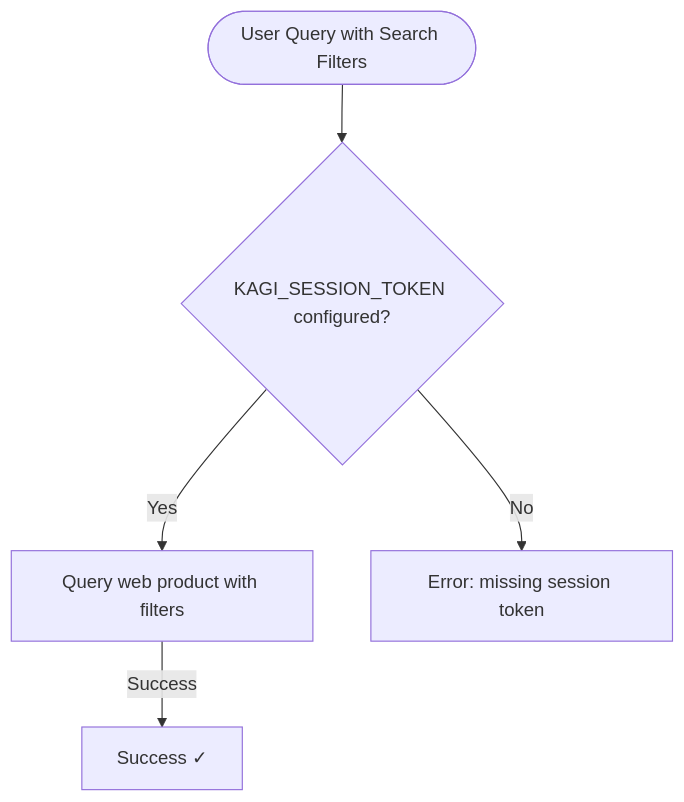
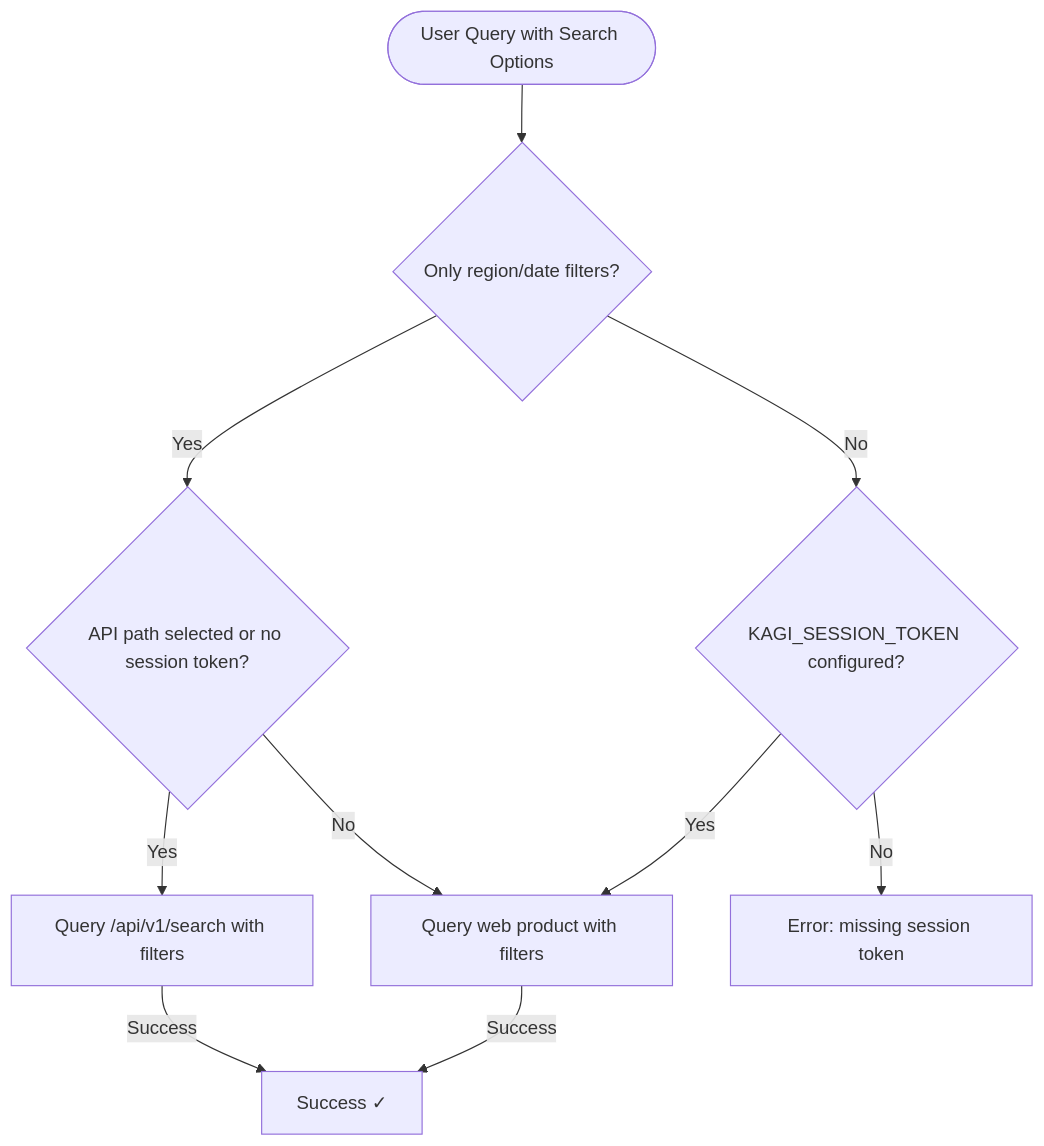
Before and after one commit to Microck/kagi-cli: the third of 3 diagrams in docs/reference/auth-matrix.mdx, drawn with Mermaid. The commit also changed other lines of this file and 23 other files, not shown here.

````diff
--- a/docs/reference/auth-matrix.mdx
+++ b/docs/reference/auth-matrix.mdx
@@ -87,9 +87,14 @@
 ```mermaid
 flowchart TD
-    Start([User Query with Search Filters]) --> CheckSession{KAGI_SESSION_TOKEN configured?}
+    Start([User Query with Search Options]) --> ApiCompat{Only region/date filters?}
+    ApiCompat -->|Yes| AuthPref{API path selected or no session token?}
+    AuthPref -->|Yes| QueryApi[Query /api/v1/search with filters]
+    AuthPref -->|No| QueryWeb[Query web product with filters]
 
-    CheckSession -->|Yes| QueryWeb[Query web product with filters]
-    QueryWeb -->|Success| ReturnResults[Success ✓]
+    ApiCompat -->|No| CheckSession{KAGI_SESSION_TOKEN configured?}
+    CheckSession -->|Yes| QueryWeb
 
+    QueryApi -->|Success| ReturnResults[Success ✓]
+    QueryWeb -->|Success| ReturnResults
     CheckSession -->|No| Error[Error: missing session token]
 ```
````
